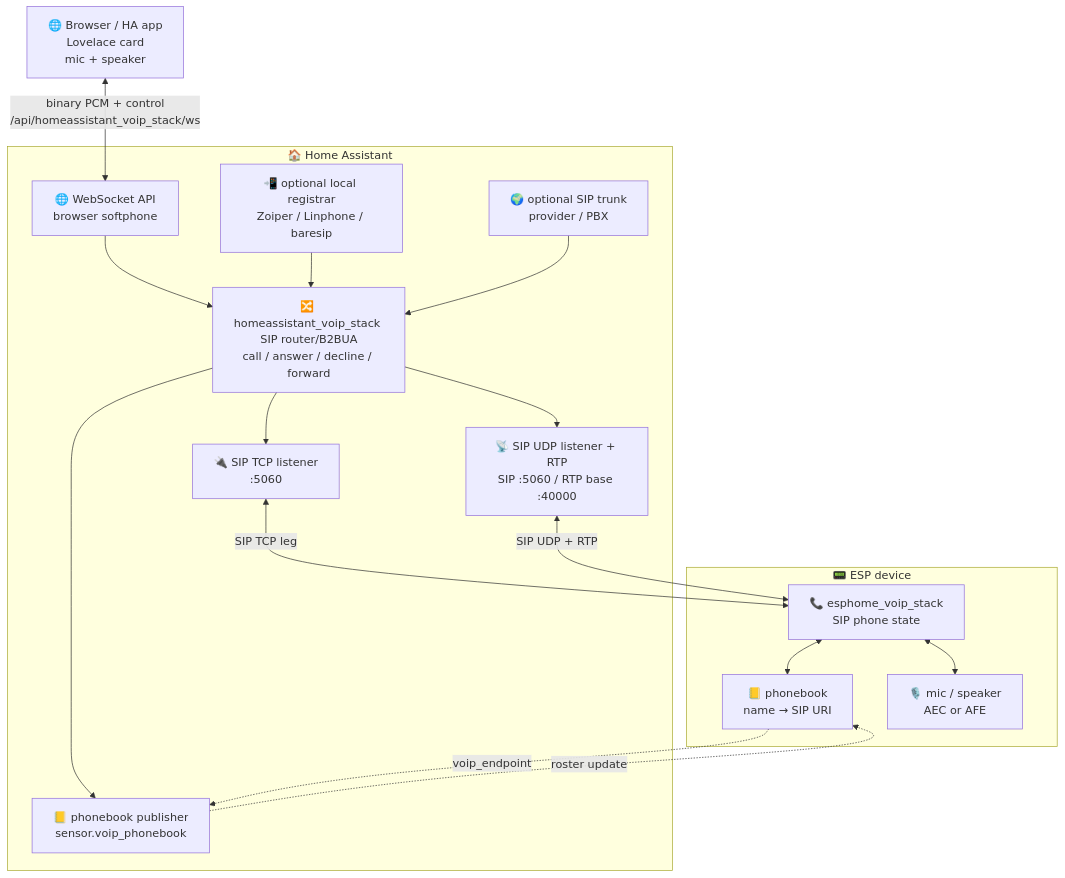
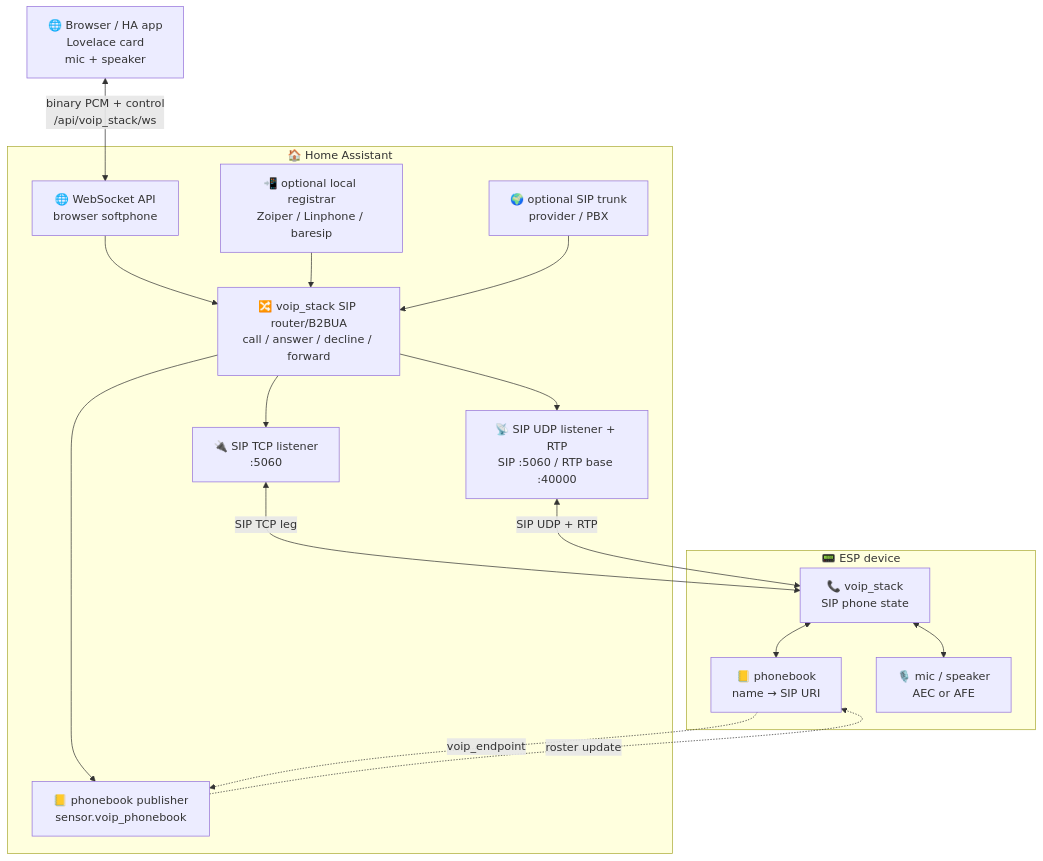
One commit to csfrussa/esphome-intercom changed the first of 6 diagrams in README.md. Above: the diagram before and after it, drawn with Mermaid. The commit also changed other lines of this file and 189 other files, not shown here.

````diff
--- a/README.md
+++ b/README.md
@@ -517,34 +517,34 @@
 ```mermaid
 flowchart TD
     Browser["🌐 Browser / HA app<br/>Lovelace card<br/>mic + speaker"]
 
     subgraph HA["🏠 Home Assistant"]
         WS["🌐 WebSocket API<br/>browser softphone"]
-        Router["🔀 homeassistant_voip_stack SIP router/B2BUA<br/>call / answer / decline / forward"]
+        Router["🔀 voip_stack SIP router/B2BUA<br/>call / answer / decline / forward"]
         Roster["📒 phonebook publisher<br/>sensor.voip_phonebook"]
         Registrar["📲 optional local registrar<br/>Zoiper / Linphone / baresip"]
         Trunk["🌍 optional SIP trunk<br/>provider / PBX"]
         TCP["🔌 SIP TCP listener<br/>:5060"]
         UDP["📡 SIP UDP listener + RTP<br/>SIP :5060 / RTP base :40000"]
     end
 
     subgraph ESP["📟 ESP device"]
-        FSM["📞 esphome_voip_stack<br/>SIP phone state"]
+        FSM["📞 voip_stack<br/>SIP phone state"]
         Book["📒 phonebook<br/>name → SIP URI"]
         Audio["🎙️ mic / speaker<br/>AEC or AFE"]
     end
 
-    Browser <-->|"binary PCM + control<br/>/api/homeassistant_voip_stack/ws"| WS
+    Browser <-->|"binary PCM + control<br/>/api/voip_stack/ws"| WS
     WS --> Router
     Registrar --> Router
     Trunk --> Router
     Router --> TCP
     Router --> UDP
     Router --> Roster
     Book -. "voip_endpoint" .-> Roster
     Roster -. "roster update" .-> Book
     TCP <-->|"SIP TCP leg"| FSM
     UDP <-->|"SIP UDP + RTP"| FSM
     FSM <--> Book
     FSM <--> Audio
 ```
````
